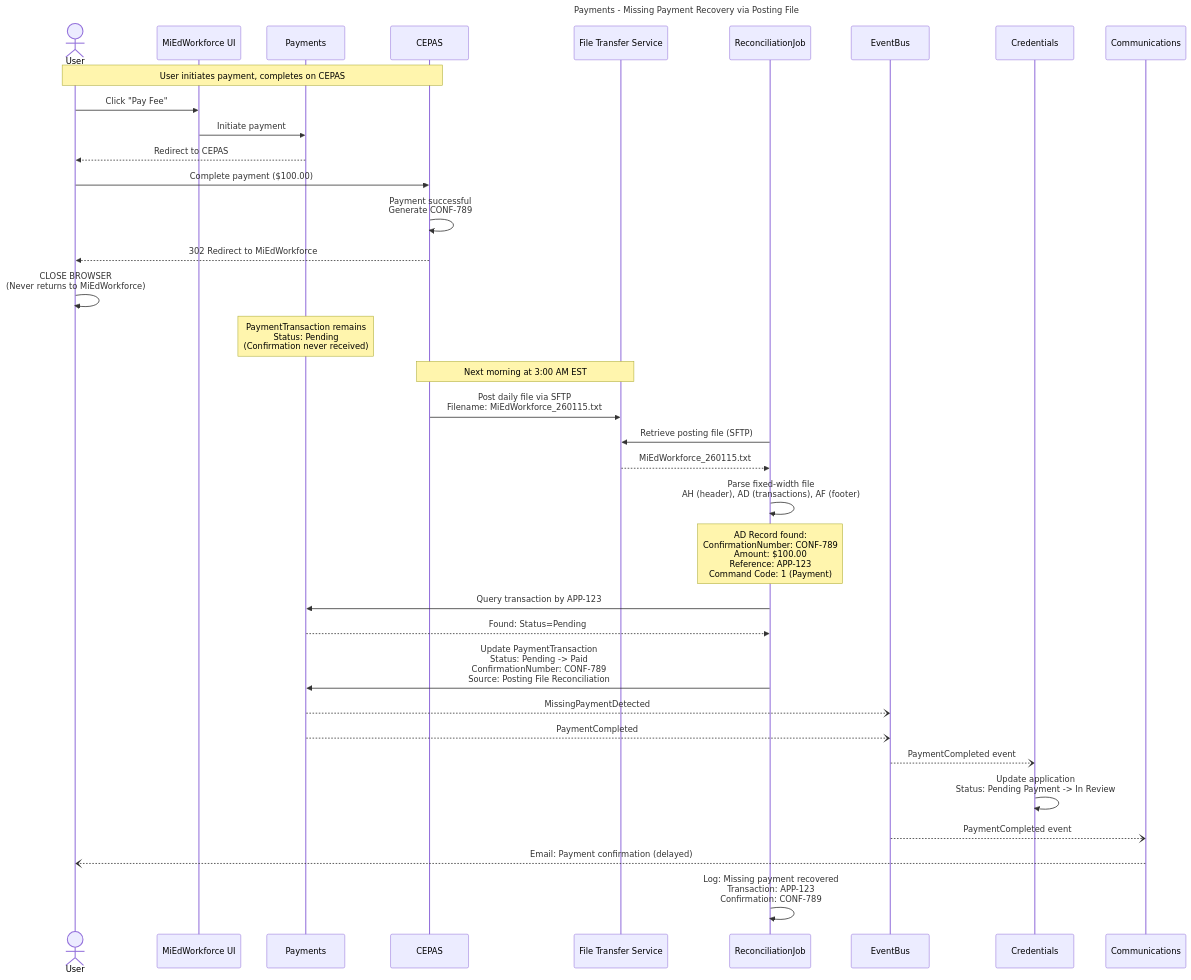
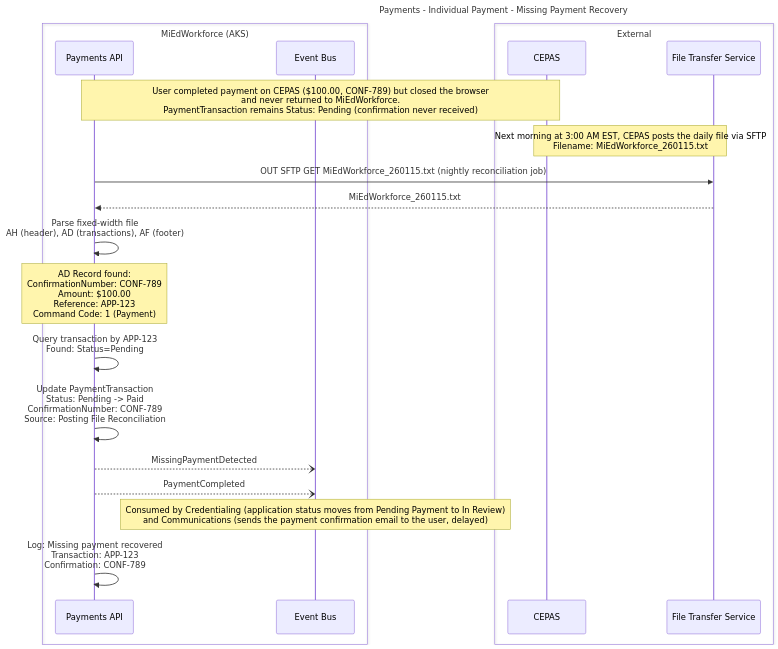
Before and after one commit to mnichols-dl/mied-design: the second of 11 diagrams in working-docs/solution-areas/payments/payments-sequences.md, drawn with Mermaid. The commit also changed other lines of this file and 34 other files, not shown here.

Commit message:
Update sequences and perform RTM assessment

````diff
--- a/working-docs/solution-areas/payments/payments-sequences.md
+++ b/working-docs/solution-areas/payments/payments-sequences.md
@@ -93,56 +95,35 @@
 ```mermaid
 ---
-title: Payments - Missing Payment Recovery via Posting File
+title: Payments - Individual Payment - Missing Payment Recovery
 ---
 sequenceDiagram
-    actor User
-    participant UI as MiEdWorkforce UI
-    participant Payments
-    participant CEPAS
-    participant FTS as File Transfer Service
-    participant ReconciliationJob
-    participant EventBus
-    participant Credentials
-    participant Comms as Communications
-    
-    Note over User,CEPAS: User initiates payment, completes on CEPAS
-    
-    User->>UI: Click "Pay Fee"
-    UI->>Payments: Initiate payment
-    Payments-->>User: Redirect to CEPAS
-    
-    User->>CEPAS: Complete payment ($100.00)
-    CEPAS->>CEPAS: Payment successful<br/>Generate CONF-789
-    CEPAS-->>User: 302 Redirect to MiEdWorkforce
-    
-    User->>User: CLOSE BROWSER<br/>(Never returns to MiEdWorkforce)
-    
-    Note over Payments: PaymentTransaction remains<br/>Status: Pending<br/>(Confirmation never received)
-    
-    Note over CEPAS,FTS: Next morning at 3:00 AM EST
-    
-    CEPAS->>FTS: Post daily file via SFTP<br/>Filename: MiEdWorkforce_260115.txt
-    
-    ReconciliationJob->>FTS: Retrieve posting file (SFTP)
-    FTS-->>ReconciliationJob: MiEdWorkforce_260115.txt
-    
-    ReconciliationJob->>ReconciliationJob: Parse fixed-width file<br/>AH (header), AD (transactions), AF (footer)
-    
-    Note over ReconciliationJob: AD Record found:<br/>ConfirmationNumber: CONF-789<br/>Amount: $100.00<br/>Reference: APP-123<br/>Command Code: 1 (Payment)
-    
-    ReconciliationJob->>Payments: Query transaction by APP-123
-    Payments-->>ReconciliationJob: Found: Status=Pending
-    
-    ReconciliationJob->>Payments: Update PaymentTransaction<br/>Status: Pending -> Paid<br/>ConfirmationNumber: CONF-789<br/>Source: Posting File Reconciliation
-    
-    Payments--)EventBus: MissingPaymentDetected
-    Payments--)EventBus: PaymentCompleted
-    
-    EventBus--)Credentials: PaymentCompleted event
-    Credentials->>Credentials: Update application<br/>Status: Pending Payment -> In Review
-    
-    EventBus--)Comms: PaymentCompleted event
-    Comms--)User: Email: Payment confirmation (delayed)
-    
-    ReconciliationJob->>ReconciliationJob: Log: Missing payment recovered<br/>Transaction: APP-123<br/>Confirmation: CONF-789
+    box MiEdWorkforce (AKS)
+        participant PayApi as Payments API
+        participant EventBus as Event Bus
+    end
+    box External
+        participant CEPAS
+        participant FTS as File Transfer Service
+    end
+
+    Note over PayApi,CEPAS: User completed payment on CEPAS ($100.00, CONF-789) but closed the browser<br/>and never returned to MiEdWorkforce.<br/>PaymentTransaction remains Status: Pending (confirmation never received)
+
+    Note over CEPAS,FTS: Next morning at 3:00 AM EST, CEPAS posts the daily file via SFTP<br/>Filename: MiEdWorkforce_260115.txt
+
+    PayApi->>FTS: OUT SFTP GET MiEdWorkforce_260115.txt (nightly reconciliation job)
+    FTS-->>PayApi: MiEdWorkforce_260115.txt
+
+    PayApi->>PayApi: Parse fixed-width file<br/>AH (header), AD (transactions), AF (footer)
+
+    Note over PayApi: AD Record found:<br/>ConfirmationNumber: CONF-789<br/>Amount: $100.00<br/>Reference: APP-123<br/>Command Code: 1 (Payment)
+
+    PayApi->>PayApi: Query transaction by APP-123<br/>Found: Status=Pending
+
+    PayApi->>PayApi: Update PaymentTransaction<br/>Status: Pending -> Paid<br/>ConfirmationNumber: CONF-789<br/>Source: Posting File Reconciliation
+
+    PayApi--)EventBus: MissingPaymentDetected
+    PayApi--)EventBus: PaymentCompleted
+    Note over EventBus: Consumed by Credentialing (application status moves from Pending Payment to In Review)<br/>and Communications (sends the payment confirmation email to the user, delayed)
+
+    PayApi->>PayApi: Log: Missing payment recovered<br/>Transaction: APP-123<br/>Confirmation: CONF-789
 ```
````
